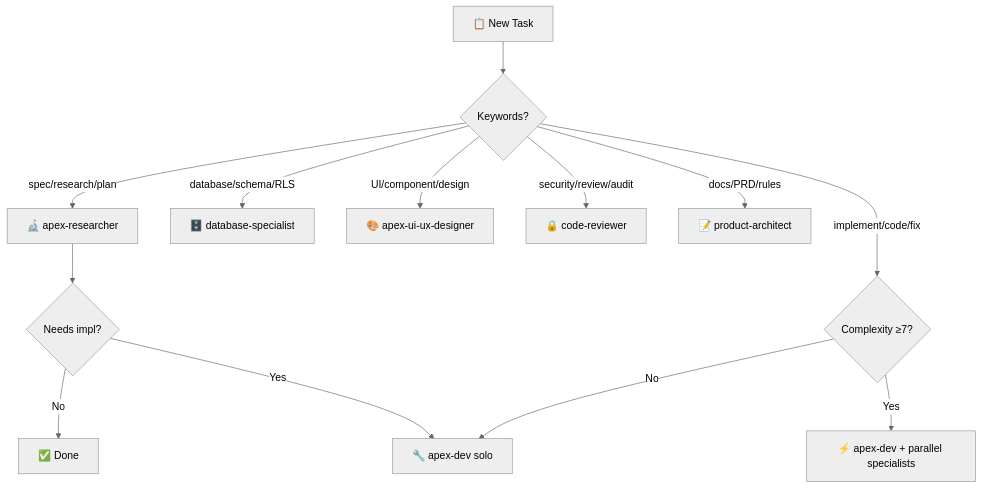
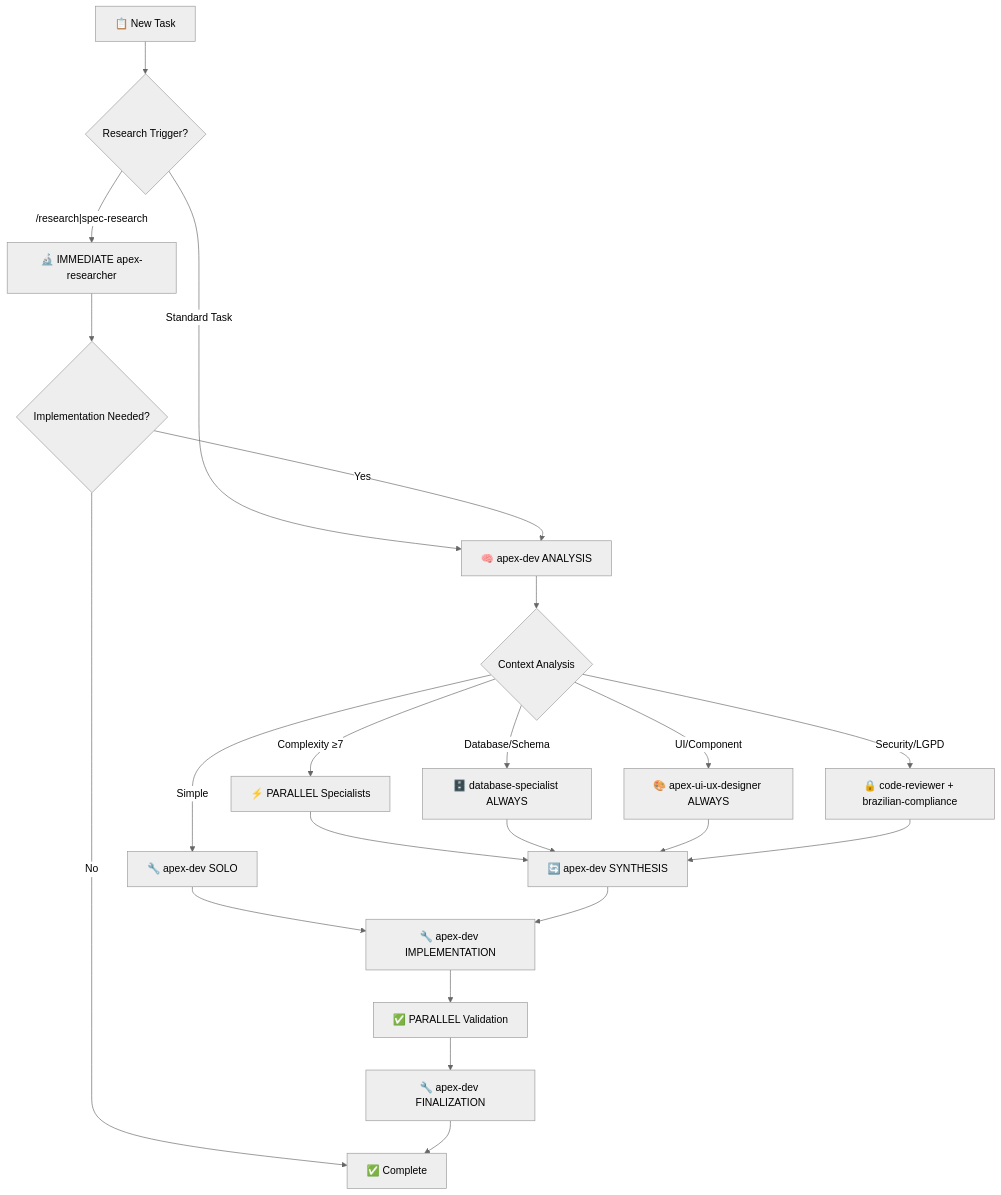
Before and after one commit to GrupoUS/gpus: the diagram in .factory/AGENTS.md, drawn with Mermaid (neutral theme). The commit also changed other lines of this file and 5 other files, not shown here.

````diff
--- a/.factory/AGENTS.md
+++ b/.factory/AGENTS.md
@@ -9,16 +9,28 @@
 ```mermaid
 graph TD
-    A[📋 New Task] --> B{Keywords?}
-    B -->|"spec/research/plan"| R[🔬 apex-researcher]
-    B -->|"database/schema/RLS"| D[🗄️ database-specialist]
-    B -->|"UI/component/design"| U[🎨 apex-ui-ux-designer]
-    B -->|"security/review/audit"| S[🔒 code-reviewer]
-    B -->|"docs/PRD/rules"| P[📝 product-architect]
-    B -->|"implement/code/fix"| C{Complexity ≥7?}
-    C -->|Yes| M[⚡ apex-dev + parallel specialists]
-    C -->|No| A1[🔧 apex-dev solo]
+    A[📋 New Task] --> B{Research Trigger?}
+    B -->|"/research|spec-research"| R1[🔬 IMMEDIATE apex-researcher]
+    B -->|Standard Task| C1[🧠 apex-dev ANALYSIS]
     
-    R --> V{Needs impl?}
-    V -->|Yes| A1
-    V -->|No| END[✅ Done]
+    R1 --> R2{Implementation Needed?}
+    R2 -->|Yes| C1
+    R2 -->|No| END[✅ Research Complete]
+    
+    C1 --> D{Context Analysis}
+    D -->|Complexity ≥7| E1[⚡ PARALLEL Specialists]
+    D -->|Database/Schema| F1[🗄️ database-specialist ALWAYS]
+    D -->|UI/Component| G1[🎨 apex-ui-ux-designer ALWAYS]
+    D -->|Security/LGPD| H1[🔒 code-reviewer + brazilian-compliance]
+    D -->|Simple| I1[🔧 apex-dev SOLO]
+    
+    E1 --> J[🔄 apex-dev SYNTHESIS]
+    F1 --> J
+    G1 --> J
+    H1 --> J
+    I1 --> K[🔧 apex-dev IMPLEMENTATION]
+    
+    J --> K
+    K --> L[✅ PARALLEL Validation]
+    L --> M[🔧 apex-dev FINALIZATION]
+    M --> END[✅ Complete]
 ```
````
